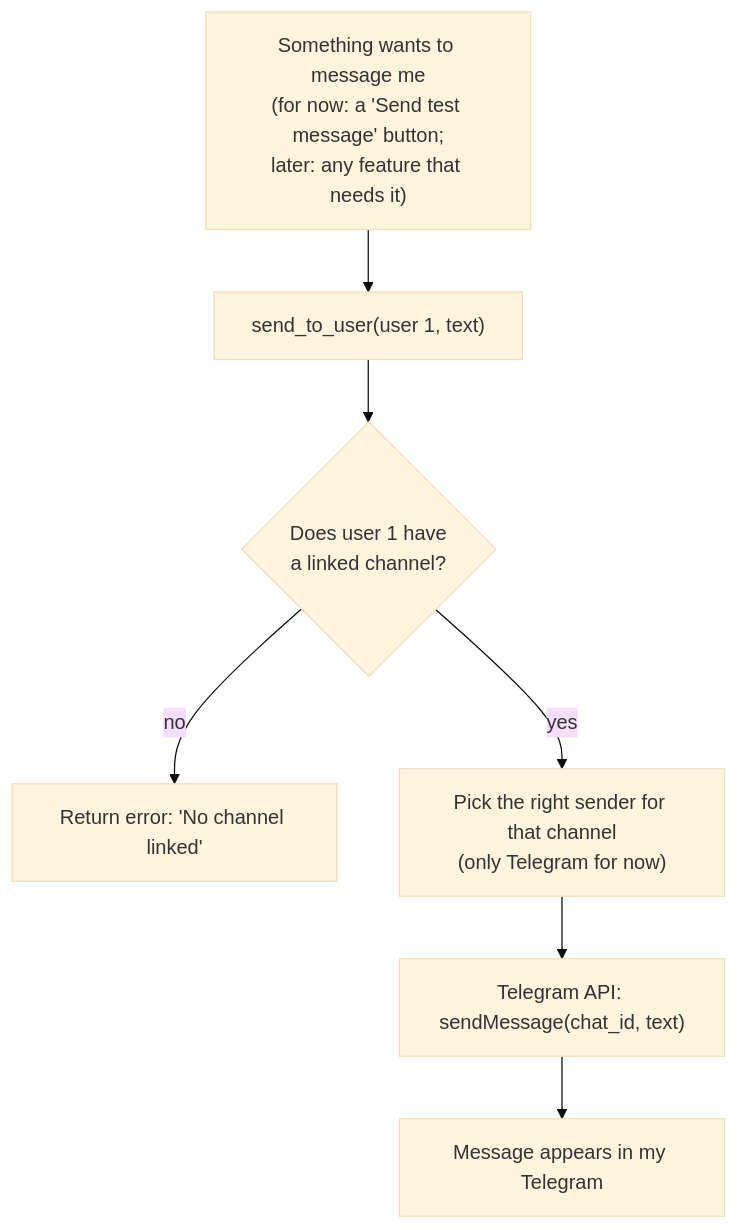
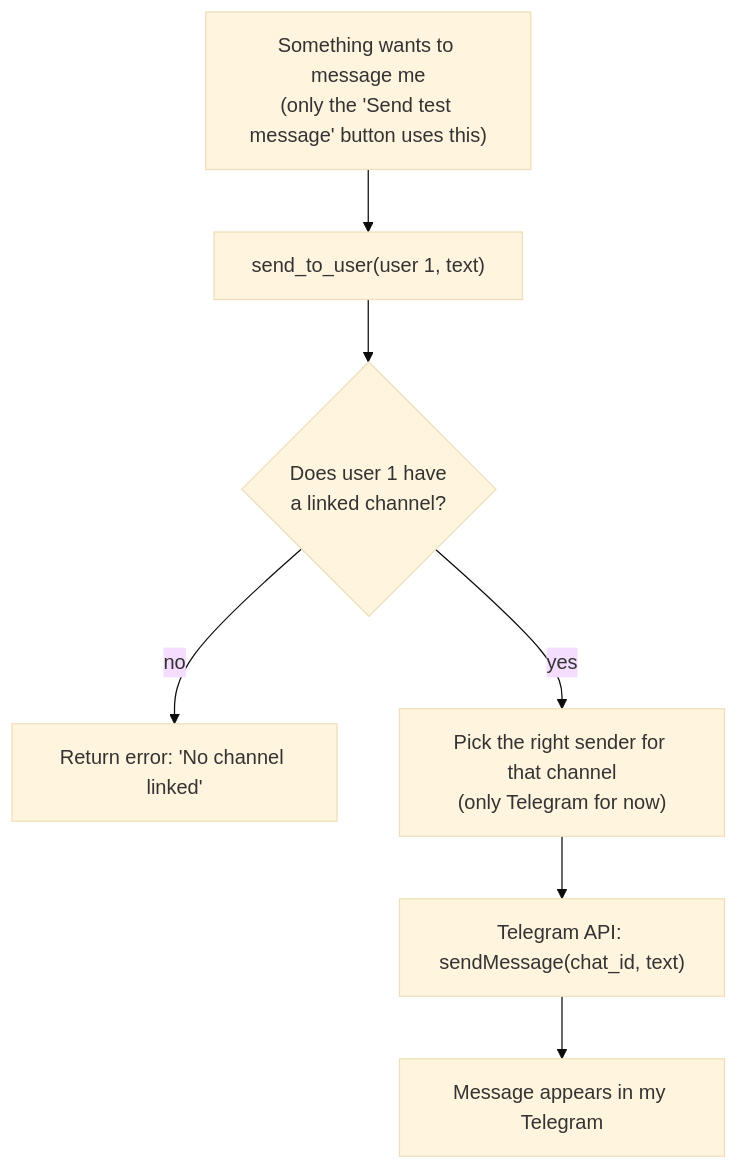
Before and after one commit to Specterr07/applewatchtriggers: the third of 4 diagrams in docs/features/messaging-channel.md, drawn with Mermaid (base theme). The commit also changed other lines of this file and 3 other files, not shown here.

````diff
--- a/docs/features/messaging-channel.md
+++ b/docs/features/messaging-channel.md
@@ -87,9 +94,9 @@
 ```mermaid
 flowchart TD
-    A["Something wants to message me<br/>(for now: a 'Send test message' button;<br/>later: any feature that needs it)"] --> B["send_to_user(user 1, text)"]
+    A["Something wants to message me<br/>(only the 'Send test message' button uses this)"] --> B["send_to_user(user 1, text)"]
     B --> C{"Does user 1 have<br/>a linked channel?"}
     C -- no --> D["Return error: 'No channel linked'"]
     C -- yes --> E["Pick the right sender for that channel<br/>(only Telegram for now)"]
     E --> F["Telegram API: sendMessage(chat_id, text)"]
     F --> G["Message appears in my Telegram"]
 ```
````
